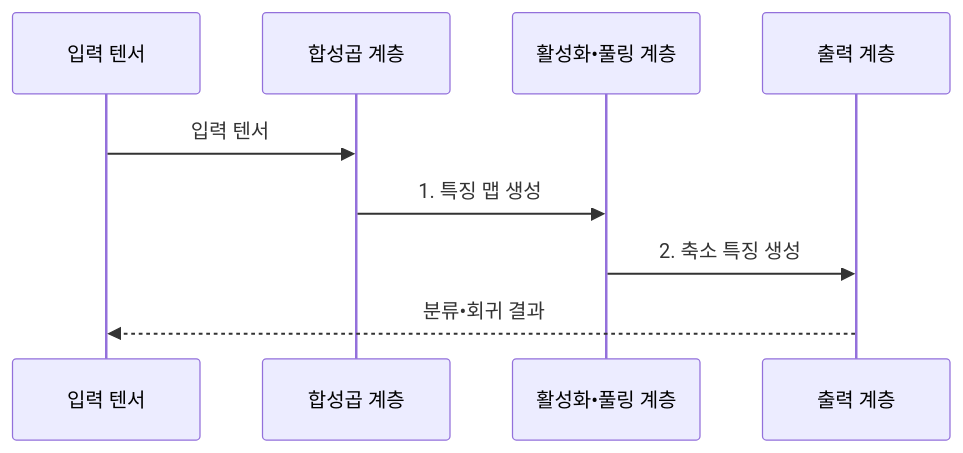
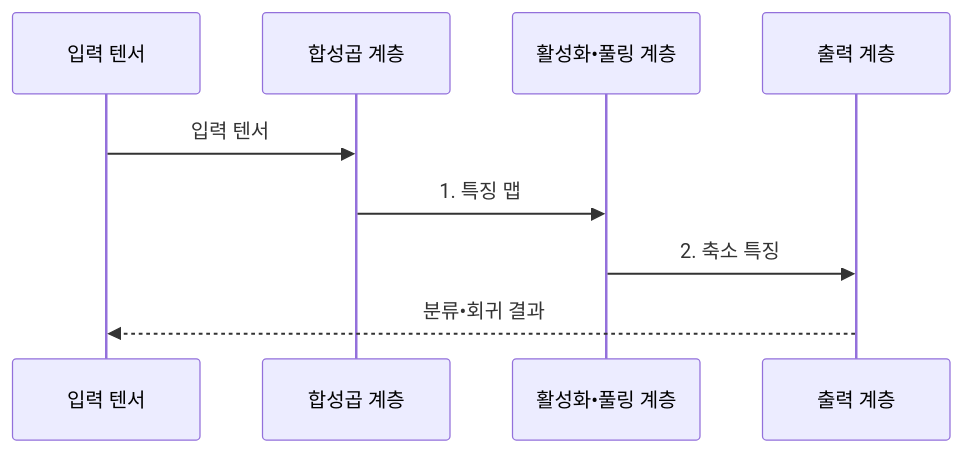
One commit to agnusdei1207/knowledge-base changed the second of 2 diagrams in src/content/docs/notes/01-basic-theory/043_cnn.md. Above: the diagram before and after it, drawn with Mermaid. The commit also changed other lines of this file and 17 other files, not shown here.

````diff
--- a/src/content/docs/notes/01-basic-theory/043_cnn.md
+++ b/src/content/docs/notes/01-basic-theory/043_cnn.md
@@ -91,11 +91,11 @@
 ```mermaid
 sequenceDiagram
     participant I as 입력 텐서
     participant C as 합성곱 계층
     participant A as 활성화•풀링 계층
     participant H as 출력 계층
     I->>C: 입력 텐서
-    C->>A: 1. 특징 맵 생성
-    A->>H: 2. 축소 특징 생성
+    C->>A: 1. 특징 맵
+    A->>H: 2. 축소 특징
     H-->>I: 분류•회귀 결과
 ```
````
